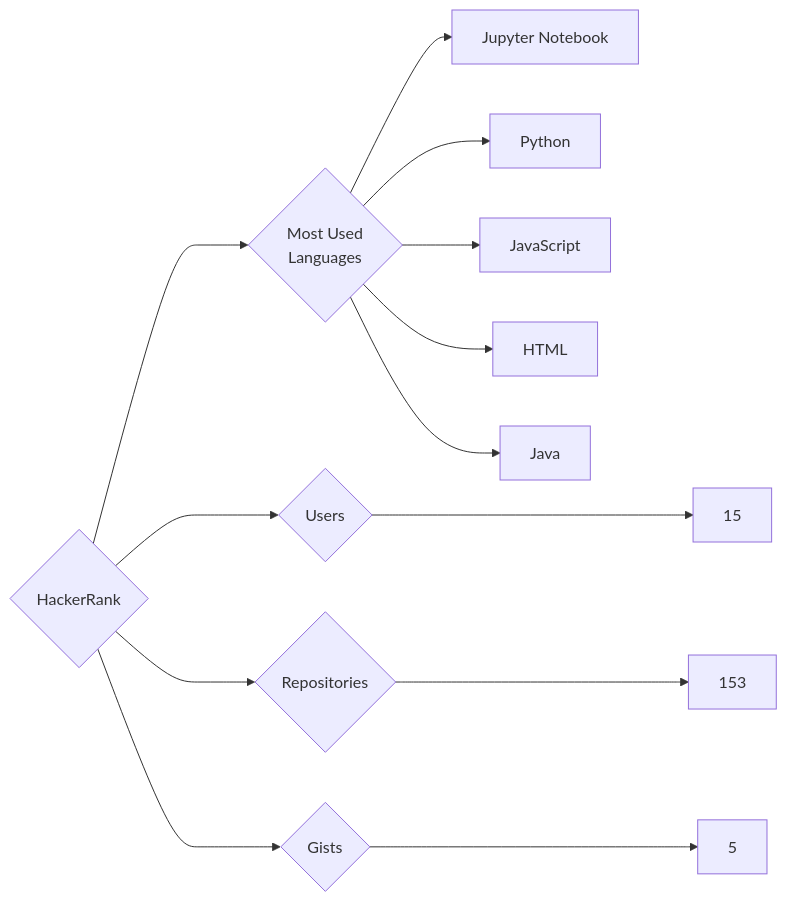
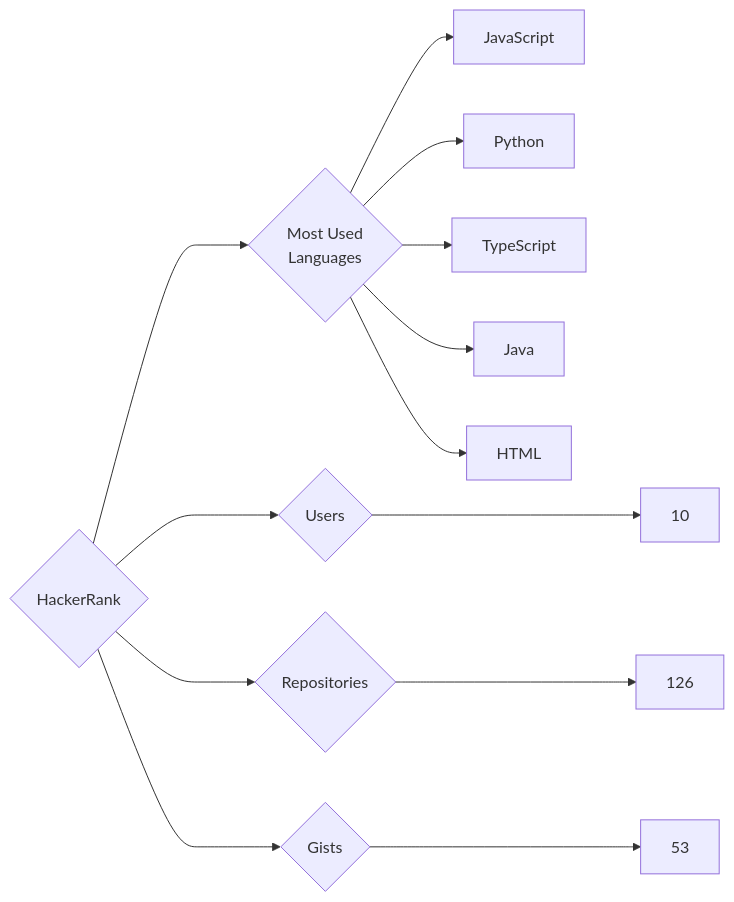
One commit to trickest/insiders changed the diagram in targets/HackerRank/README.md. Above: the diagram before and after it, drawn with Mermaid. The commit also changed 1141 other files, not shown here.

````diff
--- a/targets/HackerRank/README.md
+++ b/targets/HackerRank/README.md
@@ -3,13 +3,13 @@
 ```mermaid
 graph LR
 COMPANY_NAME{HackerRank}
-COMPANY_NAME ---> U{Users} ---> UN[15]
-COMPANY_NAME ---> R{Repositories} ---> RN[153]
-COMPANY_NAME ---> G{Gists} ---> GN[5]
+COMPANY_NAME ---> U{Users} ---> UN[10]
+COMPANY_NAME ---> R{Repositories} ---> RN[126]
+COMPANY_NAME ---> G{Gists} ---> GN[53]
 COMPANY_NAME ---> ML{Most Used<br>Languages}
-ML --> Jupyter_Notebook[Jupyter Notebook]
+ML --> JavaScript[JavaScript]
 ML --> Python[Python]
-ML --> JavaScript[JavaScript]
+ML --> TypeScript[TypeScript]
+ML --> Java[Java]
 ML --> HTML[HTML]
-ML --> Java[Java]
 ```
````
